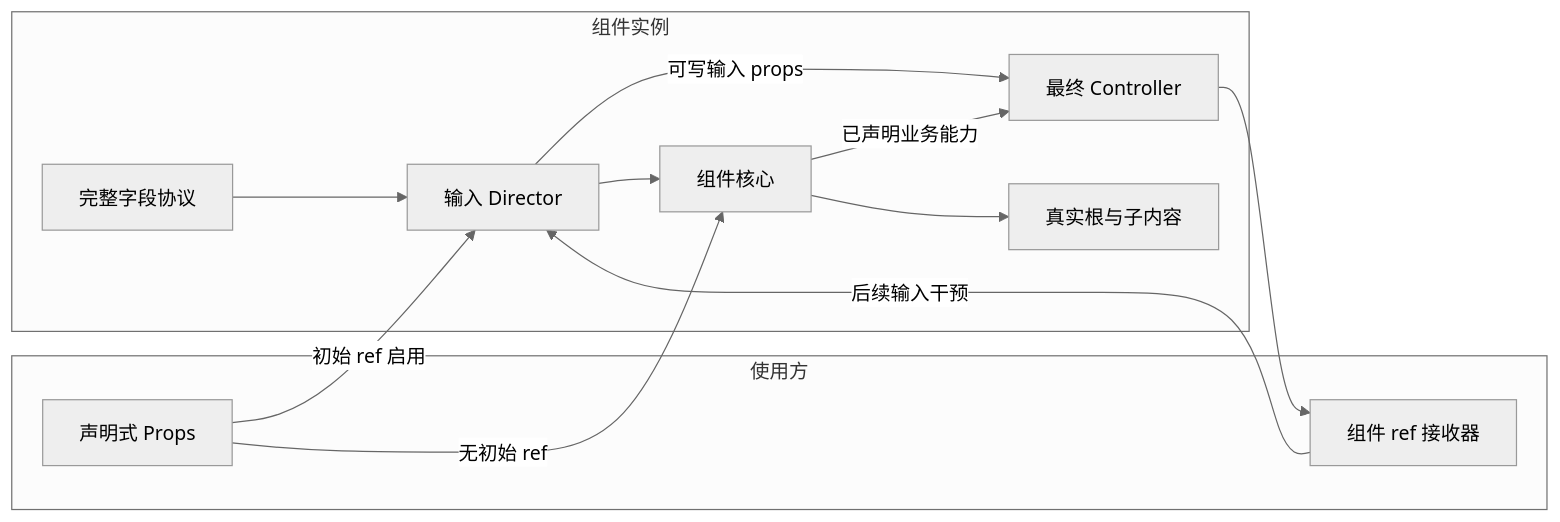
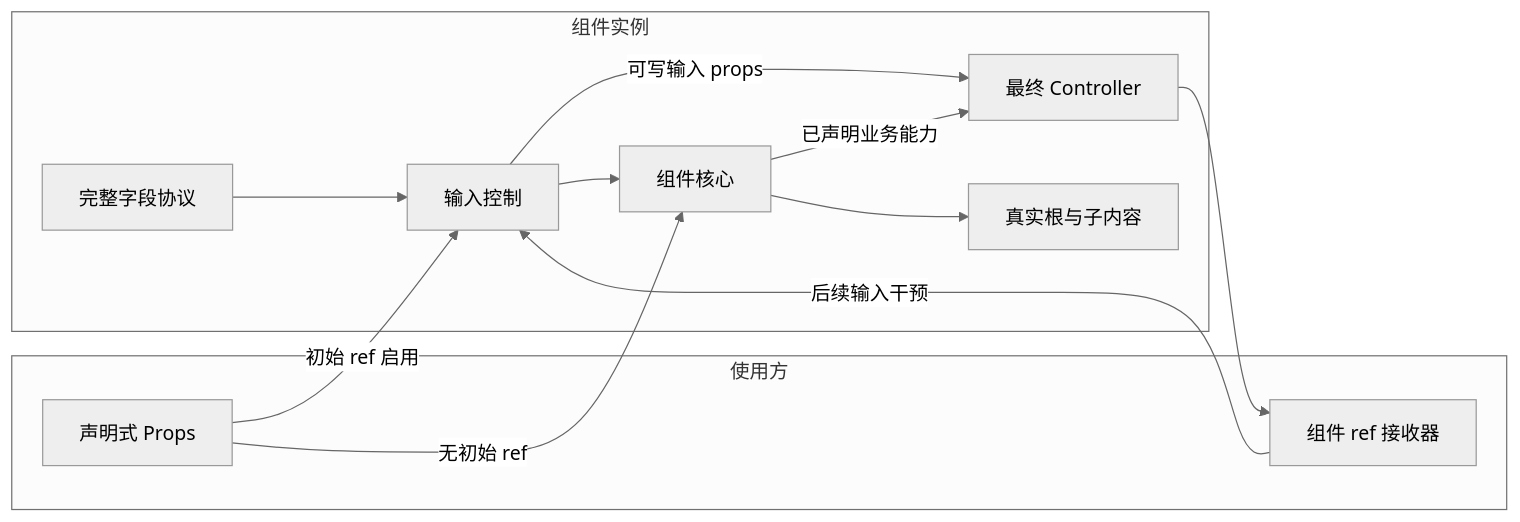
Before and after one commit to edsolater/uikit: the second of 2 diagrams in docs/guide/组件Props与Controller状态.md, drawn with Mermaid (neutral theme). The commit also changed other lines of this file and 78 other files, not shown here.

````diff
--- a/docs/guide/组件Props与Controller状态.md
+++ b/docs/guide/组件Props与Controller状态.md
@@ -92,23 +92,23 @@
 ```mermaid
 flowchart LR
   subgraph Application[使用方]
     P[声明式 Props]
     R[组件 ref 接收器]
   end
   subgraph Component[组件实例]
-    H[输入 Director]
+    H[输入控制]
     K[组件核心]
     C[最终 Controller]
     D[真实根与子内容]
     F[完整字段协议]
     F --> H
     H --> K
     K --> D
     H -->|可写输入 props| C
     K -->|已声明业务能力| C
   end
   P -->|初始 ref 启用| H
   P -->|无初始 ref| K
   C --> R
   R -->|后续输入干预| H
 ```
````
